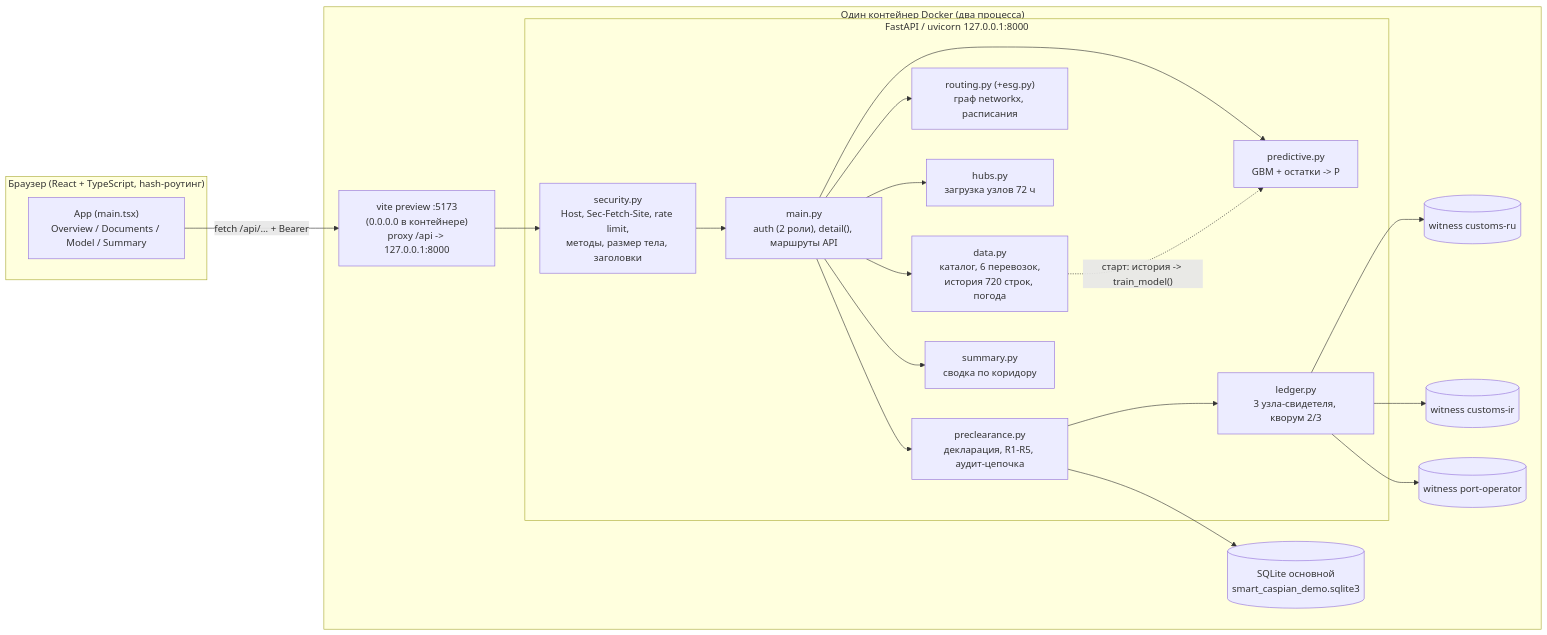
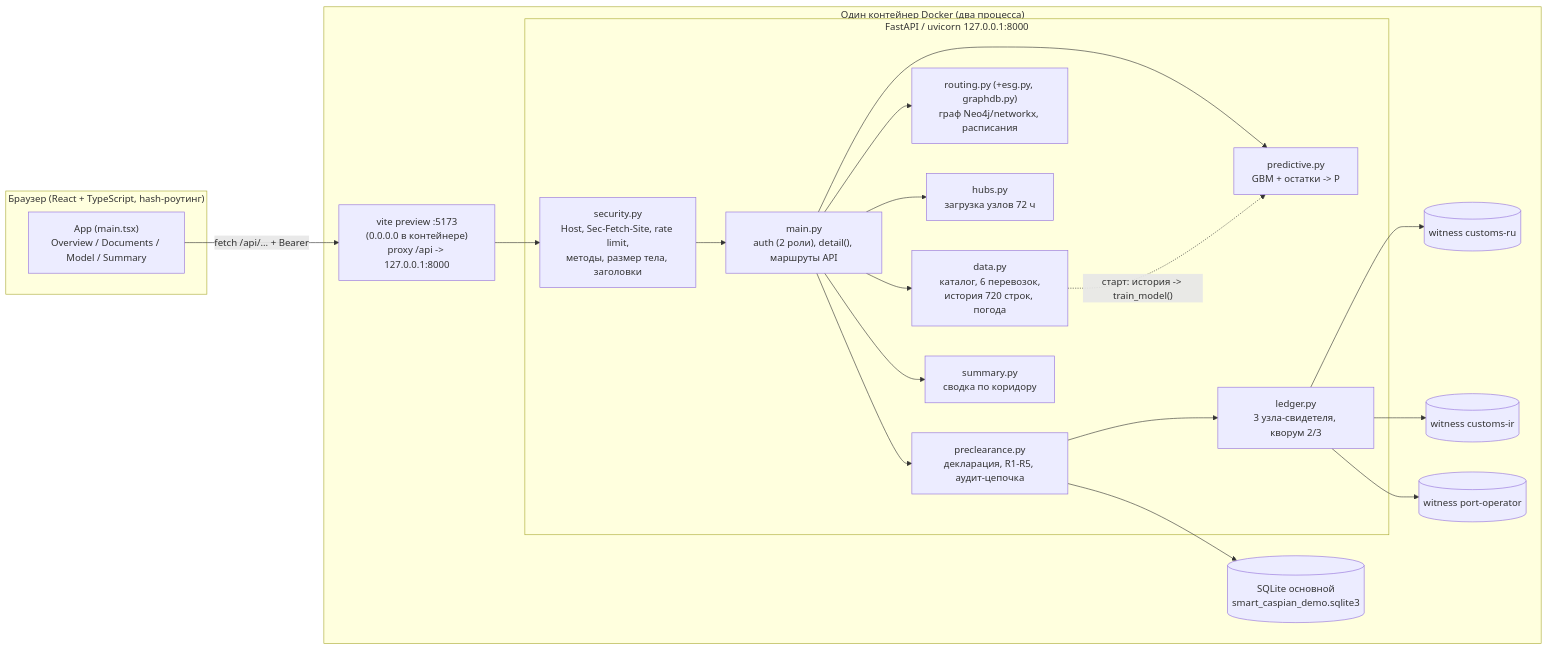
One commit to ZAEVv/hackathon-cicada changed the first of 3 diagrams in docs/PROJECT_GUIDE_RU.md. Above: the diagram before and after it, drawn with Mermaid. The commit also changed other lines of this file and 4 other files, not shown here.

````diff
--- a/docs/PROJECT_GUIDE_RU.md
+++ b/docs/PROJECT_GUIDE_RU.md
@@ -18,36 +18,36 @@
 ```mermaid
 flowchart LR
   subgraph Browser["Браузер (React + TypeScript, hash-роутинг)"]
     UI["App (main.tsx)\nOverview / Documents / Model / Summary"]
   end
   subgraph Container["Один контейнер Docker (два процесса)"]
     Vite["vite preview :5173\n(0.0.0.0 в контейнере)\nproxy /api -> 127.0.0.1:8000"]
     subgraph API["FastAPI / uvicorn 127.0.0.1:8000"]
       SEC["security.py\nHost, Sec-Fetch-Site, rate limit,\nметоды, размер тела, заголовки"]
       MAIN["main.py\nauth (2 роли), detail(), маршруты API"]
       DATA["data.py\nкаталог, 6 перевозок,\nистория 720 строк, погода"]
       PRED["predictive.py\nGBM + остатки -> P"]
-      ROUT["routing.py (+esg.py)\nграф networkx, расписания"]
+      ROUT["routing.py (+esg.py, graphdb.py)\nграф Neo4j/networkx, расписания"]
       HUBS["hubs.py\nзагрузка узлов 72 ч"]
       PRE["preclearance.py\nдекларация, R1-R5, аудит-цепочка"]
       LED["ledger.py\n3 узла-свидетеля, кворум 2/3"]
       SUM["summary.py\nсводка по коридору"]
     end
     DB[("SQLite основной\nsmart_caspian_demo.sqlite3")]
     W1[("witness customs-ru")]
     W2[("witness customs-ir")]
     W3[("witness port-operator")]
   end
   UI -->|"fetch /api/... + Bearer"| Vite --> SEC --> MAIN
   MAIN --> DATA
   MAIN --> PRED
   MAIN --> ROUT
   MAIN --> HUBS
   MAIN --> SUM
   MAIN --> PRE --> DB
   PRE --> LED
   LED --> W1
   LED --> W2
   LED --> W3
   DATA -. "старт: история -> train_model()" .-> PRED
 ```
````
